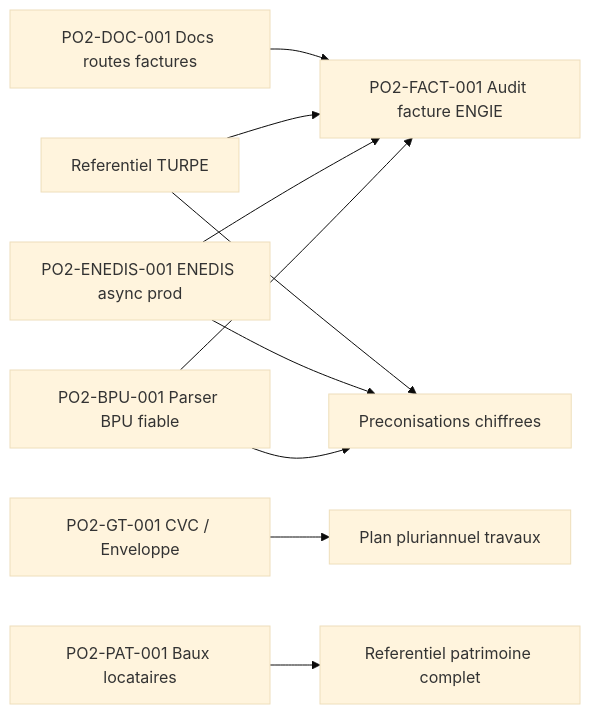
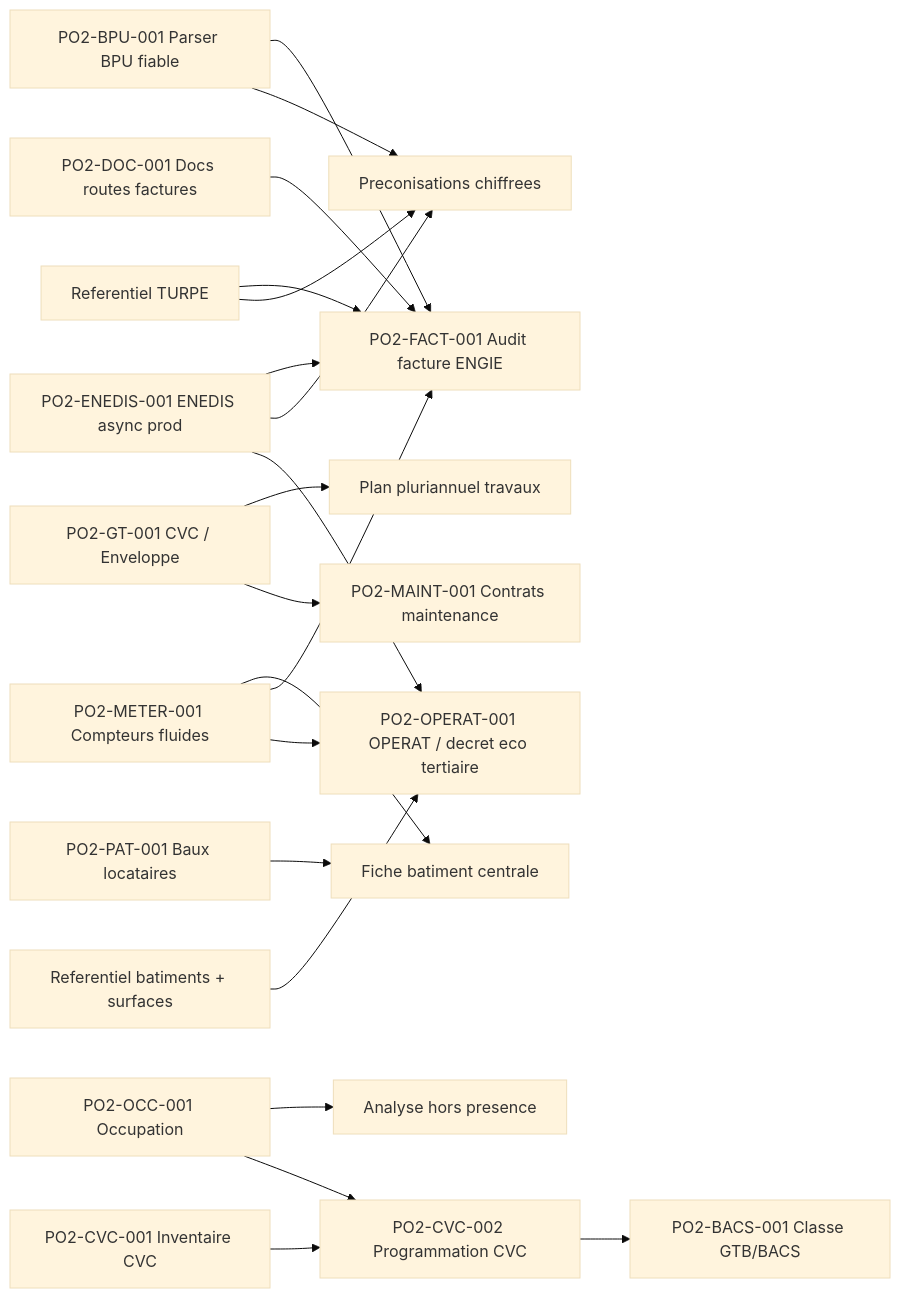
The diagram in docs/Backlog.md (PAB34/Po2), drawn with Mermaid (base theme) before and after one commit. The commit also changed other lines of this file and 9 other files, not shown here.

First line of the commit message:
docs(vault): sessions + modules 2026-05-20 (BPU, OPERAT, maintenance, fiche batiment)

````diff
--- a/docs/Backlog.md
+++ b/docs/Backlog.md
@@ -36,12 +43,22 @@
 ```mermaid
 flowchart LR
   BPU["PO2-BPU-001 Parser BPU fiable"] --> FACT["PO2-FACT-001 Audit facture ENGIE"]
   BPU --> PRECO["Preconisations chiffrees"]
   ENEDIS["PO2-ENEDIS-001 ENEDIS async prod"] --> FACT
   ENEDIS --> PRECO
   TURPE["Referentiel TURPE"] --> FACT
   TURPE --> PRECO
   DOC["PO2-DOC-001 Docs routes factures"] --> FACT
   GT["PO2-GT-001 CVC / Enveloppe"] --> PPT["Plan pluriannuel travaux"]
-  PAT["PO2-PAT-001 Baux locataires"] --> REF["Referentiel patrimoine complet"]
+  GT --> MAINT["PO2-MAINT-001 Contrats maintenance"]
+  METER["PO2-METER-001 Compteurs fluides"] --> REF["Fiche batiment centrale"]
+  METER --> FACT
+  METER --> OPERAT
+  OCC["PO2-OCC-001 Occupation"] --> HORS["Analyse hors presence"]
+  CVC["PO2-CVC-001 Inventaire CVC"] --> PROG["PO2-CVC-002 Programmation CVC"]
+  PROG --> BACS["PO2-BACS-001 Classe GTB/BACS"]
+  OCC --> PROG
+  ENEDIS --> OPERAT["PO2-OPERAT-001 OPERAT / decret eco tertiaire"]
+  PATRI["Referentiel batiments + surfaces"] --> OPERAT
+  PAT["PO2-PAT-001 Baux locataires"] --> REF
 ```
````
